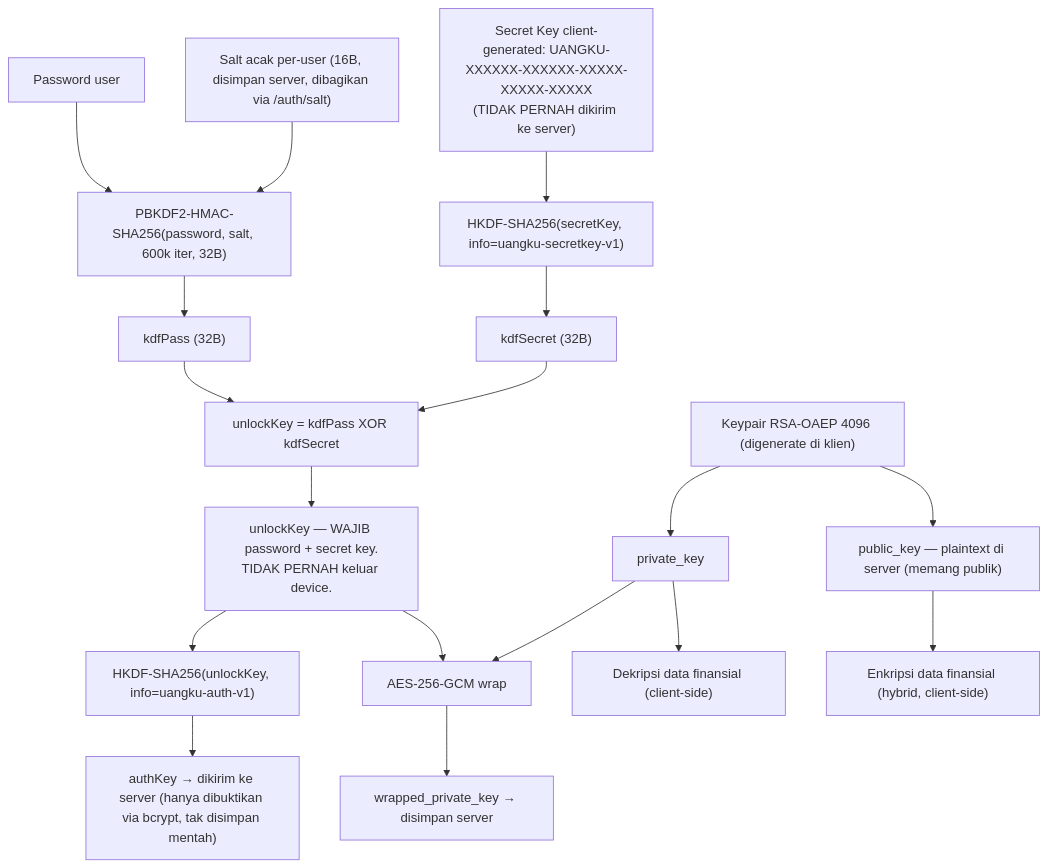
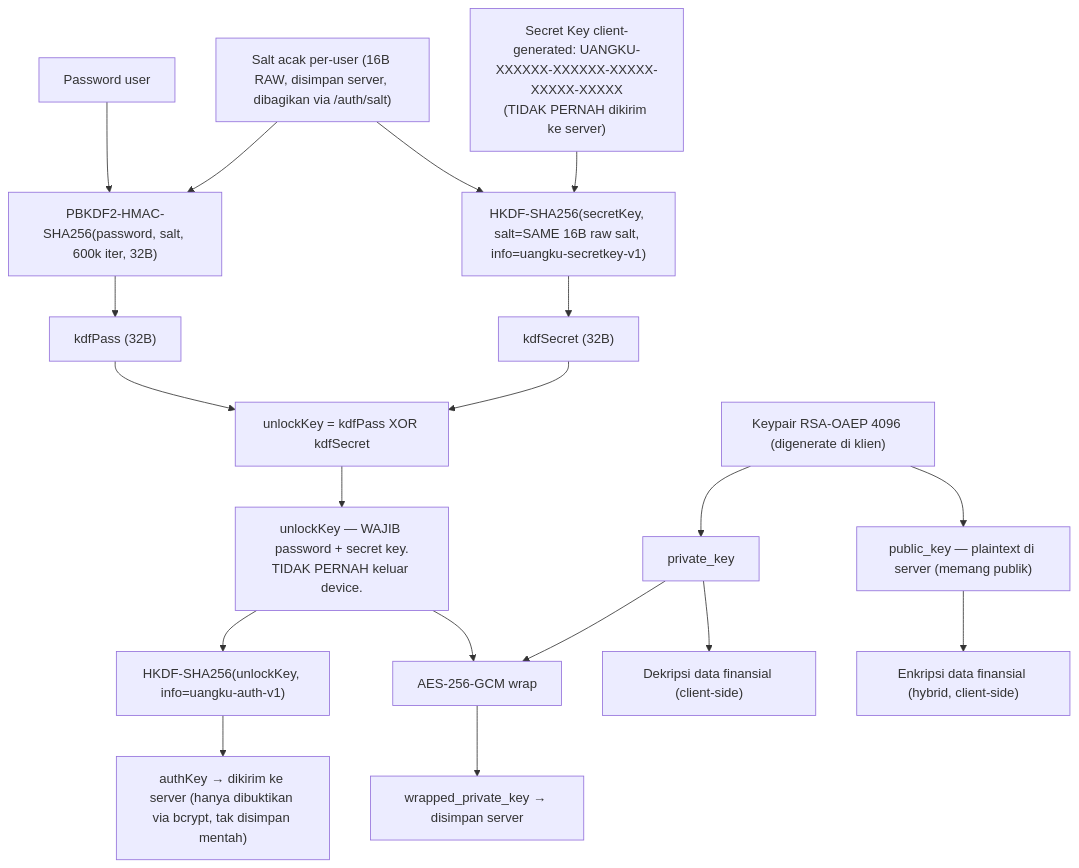
Before and after one commit to uangkuid/Uangku-BE: the first of 6 diagrams in docs/encryption.md, drawn with Mermaid. The commit also changed other lines of this file and 23 other files, not shown here.

````diff
--- a/docs/encryption.md
+++ b/docs/encryption.md
@@ -87,20 +87,21 @@
 ```mermaid
 flowchart TD
     PW["Password user"] --> PBKDF2["PBKDF2-HMAC-SHA256(password, salt, 600k iter, 32B)"]
-    SALT["Salt acak per-user (16B, disimpan server, dibagikan via /auth/salt)"] --> PBKDF2
+    SALT["Salt acak per-user (16B RAW, disimpan server, dibagikan via /auth/salt)"] --> PBKDF2
+    SALT --> HKDFSECRET
     PBKDF2 --> KDFPASS["kdfPass (32B)"]
-    SECRET["Secret Key client-generated: UANGKU-XXXXXX-XXXXXX-XXXXX-XXXXX-XXXXX<br/>(TIDAK PERNAH dikirim ke server)"] --> HKDFSECRET["HKDF-SHA256(secretKey, info=uangku-secretkey-v1)"]
+    SECRET["Secret Key client-generated: UANGKU-XXXXXX-XXXXXX-XXXXX-XXXXX-XXXXX<br/>(TIDAK PERNAH dikirim ke server)"] --> HKDFSECRET["HKDF-SHA256(secretKey, salt=SAME 16B raw salt, info=uangku-secretkey-v1)"]
     HKDFSECRET --> KDFSECRET["kdfSecret (32B)"]
     KDFPASS --> XOR["unlockKey = kdfPass XOR kdfSecret"]
     KDFSECRET --> XOR
     XOR --> UNLOCK["unlockKey — WAJIB password + secret key.<br/>TIDAK PERNAH keluar device."]
     UNLOCK --> HKDFAUTH["HKDF-SHA256(unlockKey, info=uangku-auth-v1)"]
     HKDFAUTH --> AUTHKEY["authKey → dikirim ke server (hanya dibuktikan via bcrypt, tak disimpan mentah)"]
     UNLOCK --> WRAP["AES-256-GCM wrap"]
     KEYPAIR["Keypair RSA-OAEP 4096 (digenerate di klien)"] --> PRIV["private_key"]
     KEYPAIR --> PUB["public_key — plaintext di server (memang publik)"]
     PRIV --> WRAP
     WRAP --> WPRIV["wrapped_private_key → disimpan server"]
     PUB --> DATA["Enkripsi data finansial (hybrid, client-side)"]
     PRIV --> DECRYPT["Dekripsi data finansial (client-side)"]
 ```
````
